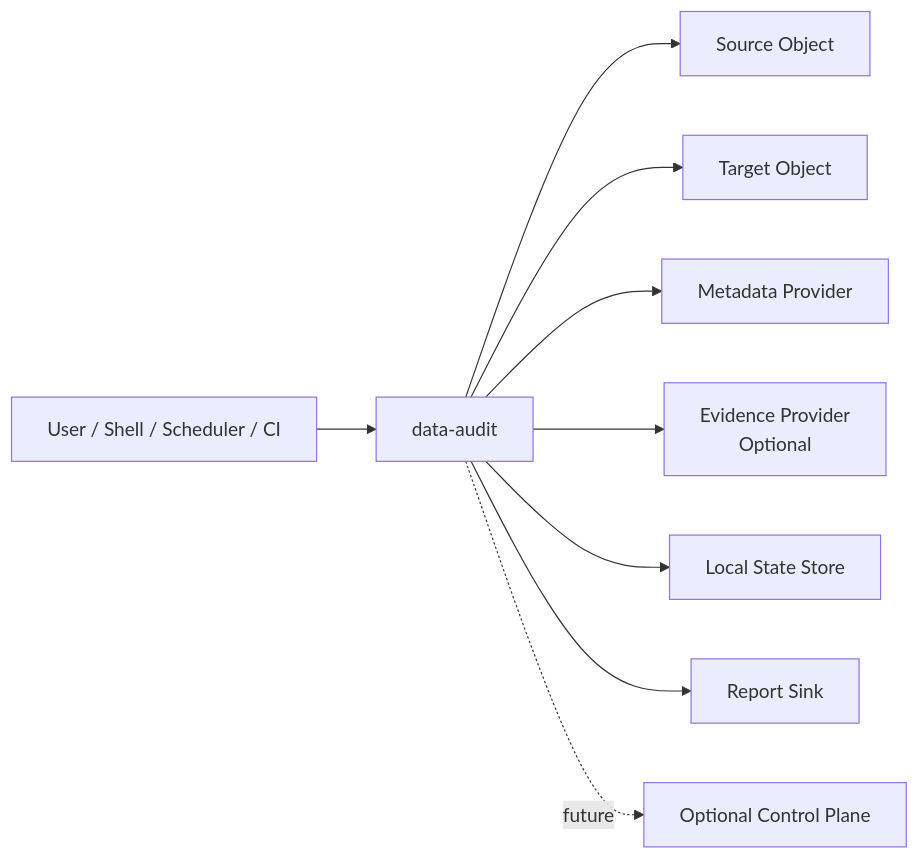
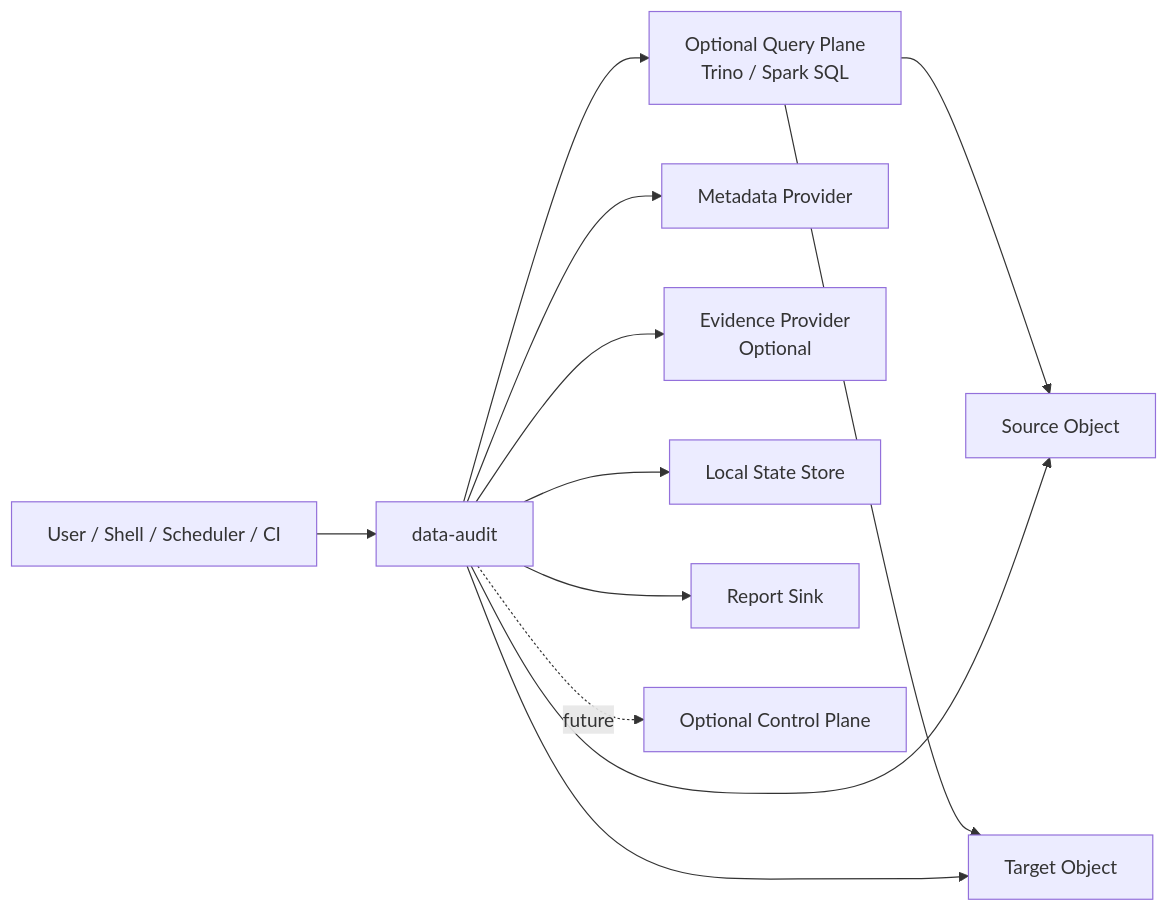
The first of 10 diagrams in docs/design.md (yzeng1618/DataAudit), drawn with Mermaid before and after one commit. The commit also changed other lines of this file and 71 other files, not shown here.

````diff
--- a/docs/design.md
+++ b/docs/design.md
@@ -63,11 +181,14 @@
 ```mermaid
 flowchart LR
   U[User / Shell / Scheduler / CI] --> C[data-audit]
-  C --> S[Source Object]
-  C --> T[Target Object]
+  C --> Q[Optional Query Plane<br/>Trino / Spark SQL]
+  Q --> S[Source Object]
+  Q --> T[Target Object]
+  C --> S
+  C --> T
   C --> M[Metadata Provider]
   C --> E[Evidence Provider<br/>Optional]
   C --> ST[Local State Store]
   C --> R[Report Sink]
   C -. future .-> CP[Optional Control Plane]
 ```
````
